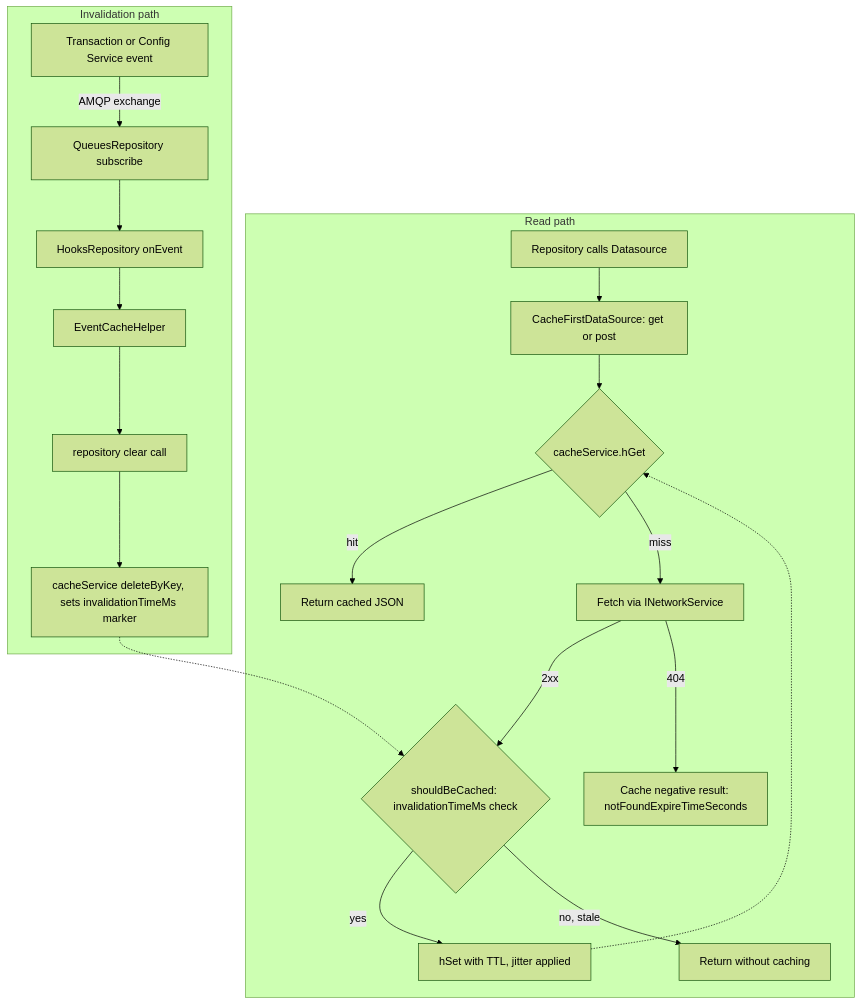
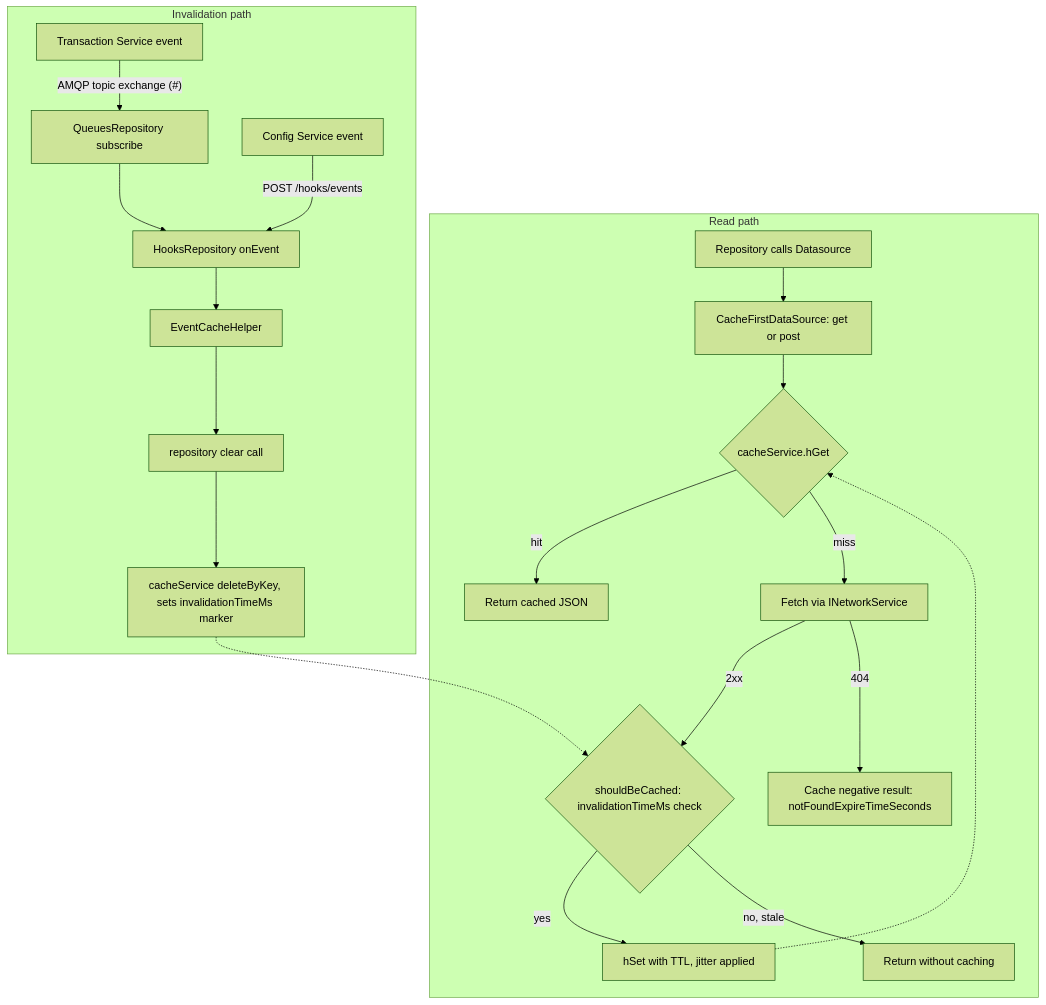
The second of 2 diagrams in docs/agents/ARCHITECTURE.md (safe-global/safe-client-gateway), drawn with Mermaid (forest theme) before and after one commit. The commit also changed other lines of this file and 7 other files, not shown here.

First line of the commit message:
feat(queues): consume events from the topic exchange

````diff
--- a/docs/agents/ARCHITECTURE.md
+++ b/docs/agents/ARCHITECTURE.md
@@ -141,24 +141,25 @@
 ```mermaid
 flowchart TD
     subgraph Read["Read path"]
         A["Repository calls Datasource"] --> B["CacheFirstDataSource: get or post"]
         B --> C{"cacheService.hGet"}
         C -->|hit| D["Return cached JSON"]
         C -->|miss| E["Fetch via INetworkService"]
         E -->|2xx| F{"shouldBeCached: invalidationTimeMs check"}
         F -->|yes| G["hSet with TTL, jitter applied"]
         F -->|no, stale| H["Return without caching"]
         E -->|404| I["Cache negative result: notFoundExpireTimeSeconds"]
     end
 
     subgraph Invalidate["Invalidation path"]
-        J["Transaction or Config Service event"] -->|AMQP exchange| K["QueuesRepository subscribe"]
+        J["Transaction Service event"] -->|"AMQP topic exchange (#)"| K["QueuesRepository subscribe"]
         K --> L["HooksRepository onEvent"]
+        P["Config Service event"] -->|"POST /hooks/events"| L
         L --> M["EventCacheHelper"]
         M --> N["repository clear call"]
         N --> O["cacheService deleteByKey, sets invalidationTimeMs marker"]
     end
 
     G -.-> C
     O -.-> F
 ```
````
